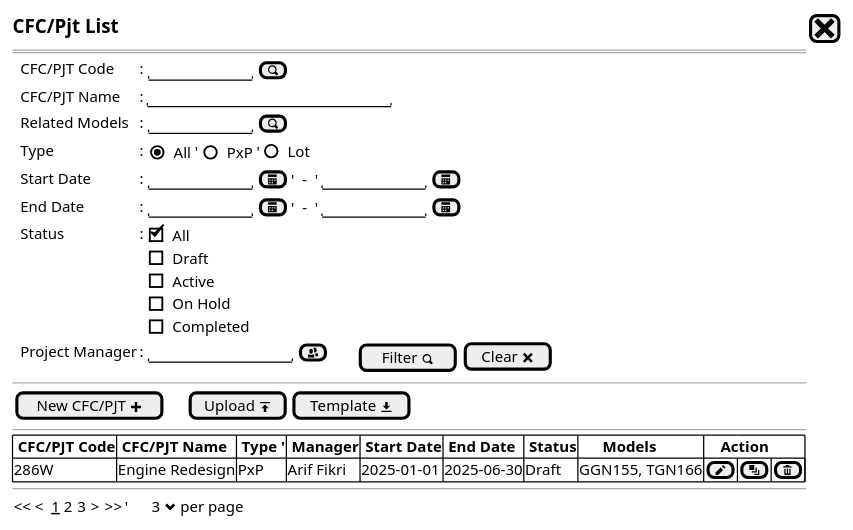
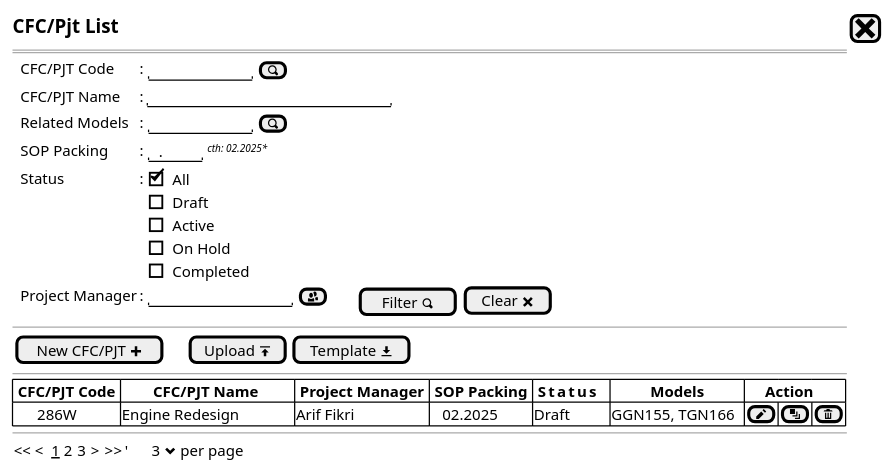
One commit to ari-fikri/packing-cost-mockup changed the diagram in Project/project - new step0a.puml. Above: the diagram before and after it, drawn with PlantUML. The commit also changed 5 other files, not shown here.

Commit message:
Rev 1 for Project - Remove Type (lot/pxp) - Realigning the tables and padding with NBSP

```diff
--- a/Project/project - new step0a.puml
+++ b/Project/project - new step0a.puml
@@ -1,36 +1,34 @@
 @startsalt
 {
   <size:15><b>CFC/Pjt List|[<size:25><&x>]|*
   ==
   {
     .|CFC/PJT Code      |: {|"          "|[<&magnifying-glass>]|}*
     .|CFC/PJT Name      |: |"                        "|*    
     .|Related Models    |: {|"          "| [<&magnifying-glass>]|}*
-    .|Type              |: {|{(X)All}   '|    {()PxP}        '|   ()Lot}
-    .|Start Date        |: {"          "|[<&calendar>] |'  -  '| "          "|[<&calendar>]  }*
-    .|End Date          |: {"          "|[<&calendar>] |'  -  '| "          "|[<&calendar>]  }*
-    .|Status |:|
+    .|SOP Packing        |: {"  .  "| | <size:8><i>cth: 02.2025* }
+    .|Status |:|    
     {
       [X] All
       [] Draft
       [] Active
       [] On Hold
       [] Completed
     }|*
     .|Project Manager |: {|"              "|[<&people>]|.|.|.|.||[Filter <&magnifying-glass>]}|[Clear <&x>]
-}
+  }
   --
   {
   [New CFC/PJT <&plus>]|.|.|.|[Upload <&data-transfer-upload>]| [Template <&data-transfer-download>]|*
   }
   --
   {#
-    |<b> CFC/PJT Code | <b> CFC/PJT Name          |<b> Type '|<b> Manager         |<b> Start Date |<b> End Date   |<b> Status     |<b>      Models     |<b>    Action |*|*|*|*|*|*|*
-    | 286W          | Engine Redesign           |PxP    | Arif Fikri         | 2025-01-01    | 2025-06-30    | Draft         | GGN155, TGN166     |[<&pencil>]|[<&layers>]|[<&trash>]|*
+    | <b>CFC/PJT Code |        <b>CFC/PJT Name         | <b>Project Manager | <b>SOP Packing | <b>Status      |          <b>Models          |<b>     Action      |*|*|*
+    |       286W      | Engine Redesign                | Arif Fikri         |    02.2025     | Draft          | GGN155, TGN166              |[<&pencil>]|[<&layers>]|[<&trash>]|*
   }
   --
   {
   << <  __1__ 2 3  > >>  |'      3 <&chevron-bottom> per page |*
   }
 }
 @endsalt
```
